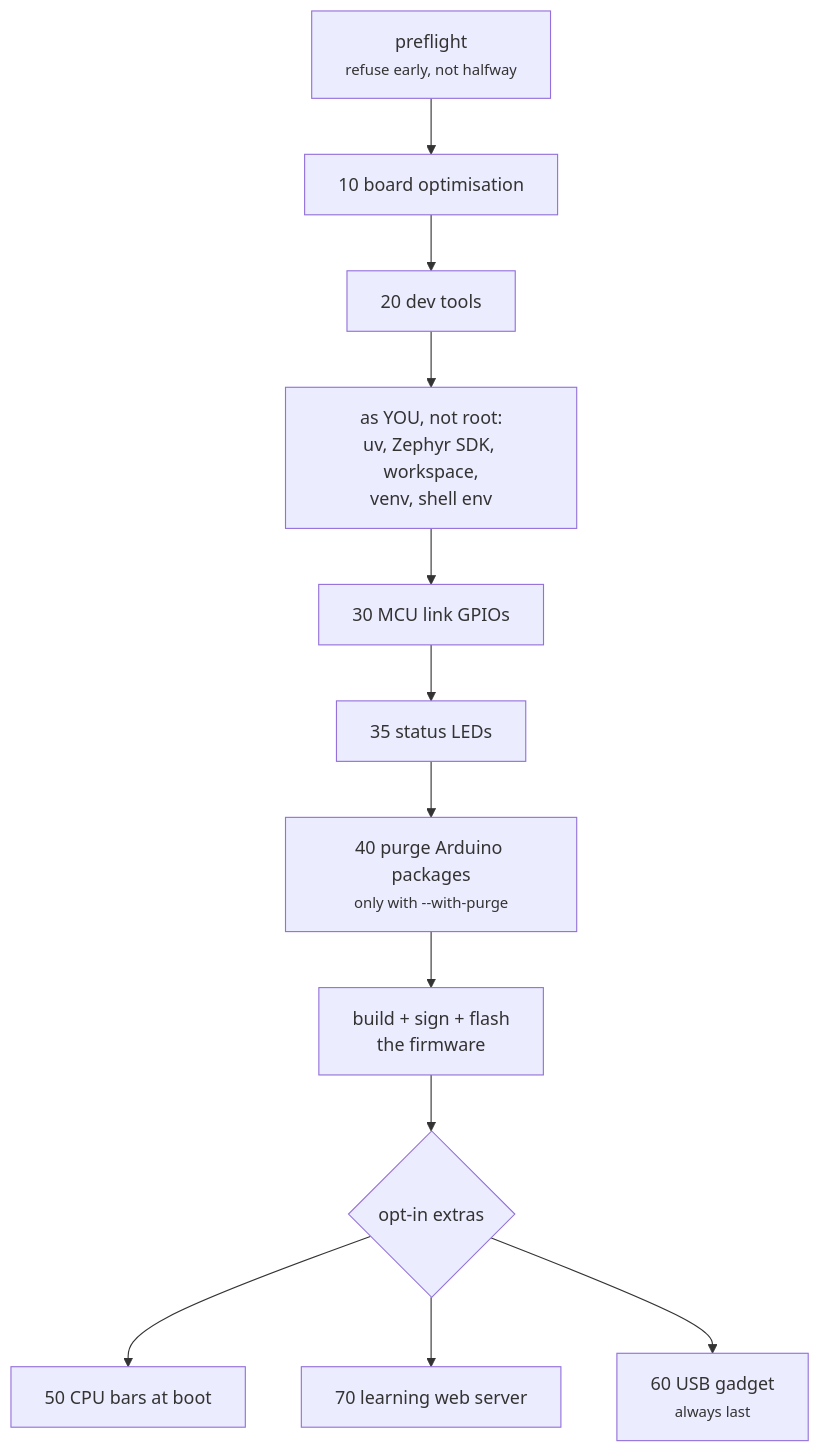
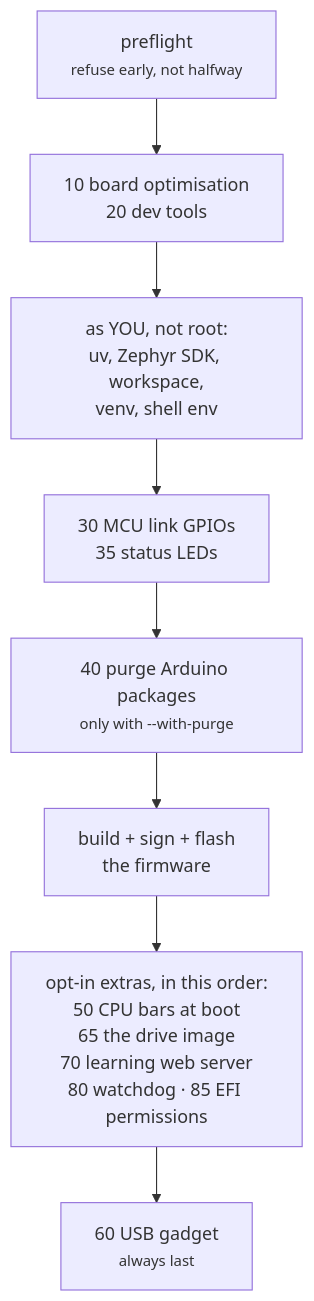
Before and after one commit to jim-wyatt/two-computers-one-board: the diagram in docs/learn/from-factory-to-this.md, drawn with Mermaid. The commit also changed 12 other files, not shown here.

First line of the commit message:
Diagrams are drawn at a size you can read, and a gate keeps them there (#83)

````diff
--- a/docs/learn/from-factory-to-this.md
+++ b/docs/learn/from-factory-to-this.md
@@ -88,14 +88,10 @@
 ```mermaid
 flowchart TD
-  P["preflight<br/><small>refuse early, not halfway</small>"] --> R1["10 board optimisation"]
-  R1 --> R2["20 dev tools"]
-  R2 --> U["as YOU, not root:<br/>uv, Zephyr SDK, workspace,<br/>venv, shell env"]
-  U --> R3["30 MCU link GPIOs"]
-  R3 --> R4["35 status LEDs"]
-  R4 --> E4["40 purge Arduino packages<br/><small>only with --with-purge</small>"]
+  P["preflight<br/><small>refuse early, not halfway</small>"] --> R1["10 board optimisation<br/>20 dev tools"]
+  R1 --> U["as YOU, not root:<br/>uv, Zephyr SDK, workspace,<br/>venv, shell env"]
+  U --> R3["30 MCU link GPIOs<br/>35 status LEDs"]
+  R3 --> E4["40 purge Arduino packages<br/><small>only with --with-purge</small>"]
   E4 --> B["build + sign + flash<br/>the firmware"]
-  B --> O{"opt-in extras"}
-  O --> E1["50 CPU bars at boot"]
-  O --> E3["70 learning web server"]
+  B --> O["opt-in extras, in this order:<br/>50 CPU bars at boot<br/>65 the drive image<br/>70 learning web server<br/>80 watchdog · 85 EFI permissions"]
   O --> E2["60 USB gadget<br/><small>always last</small>"]
 ```
````
